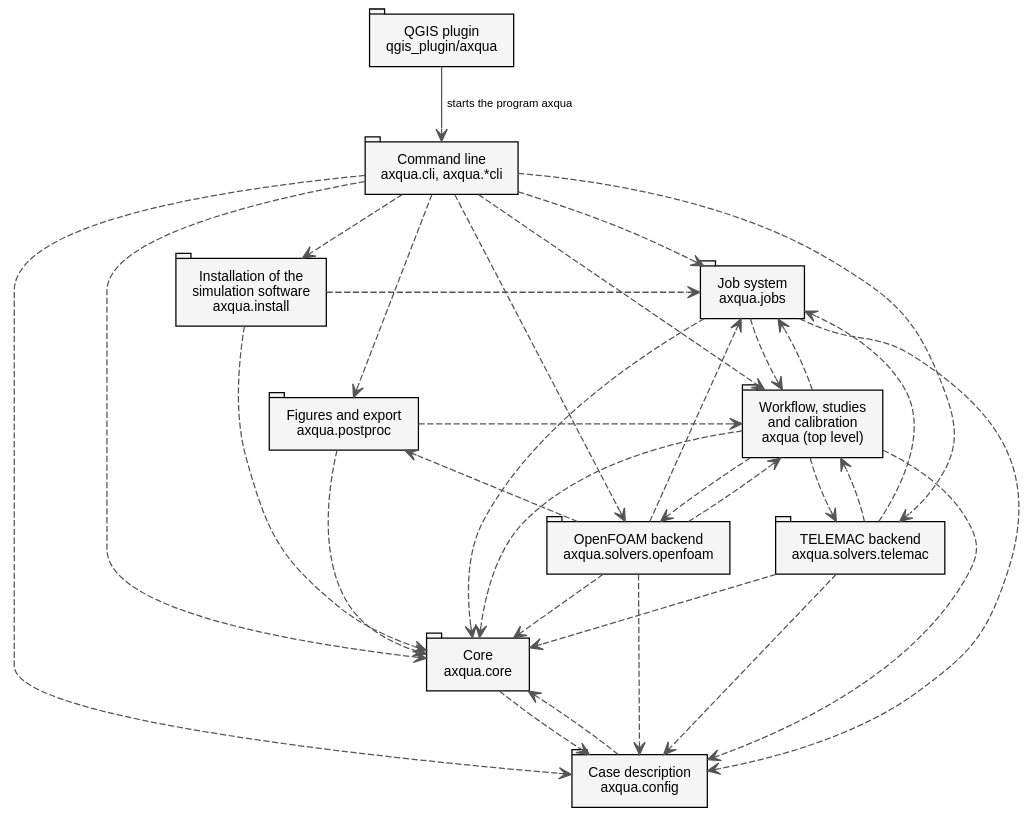
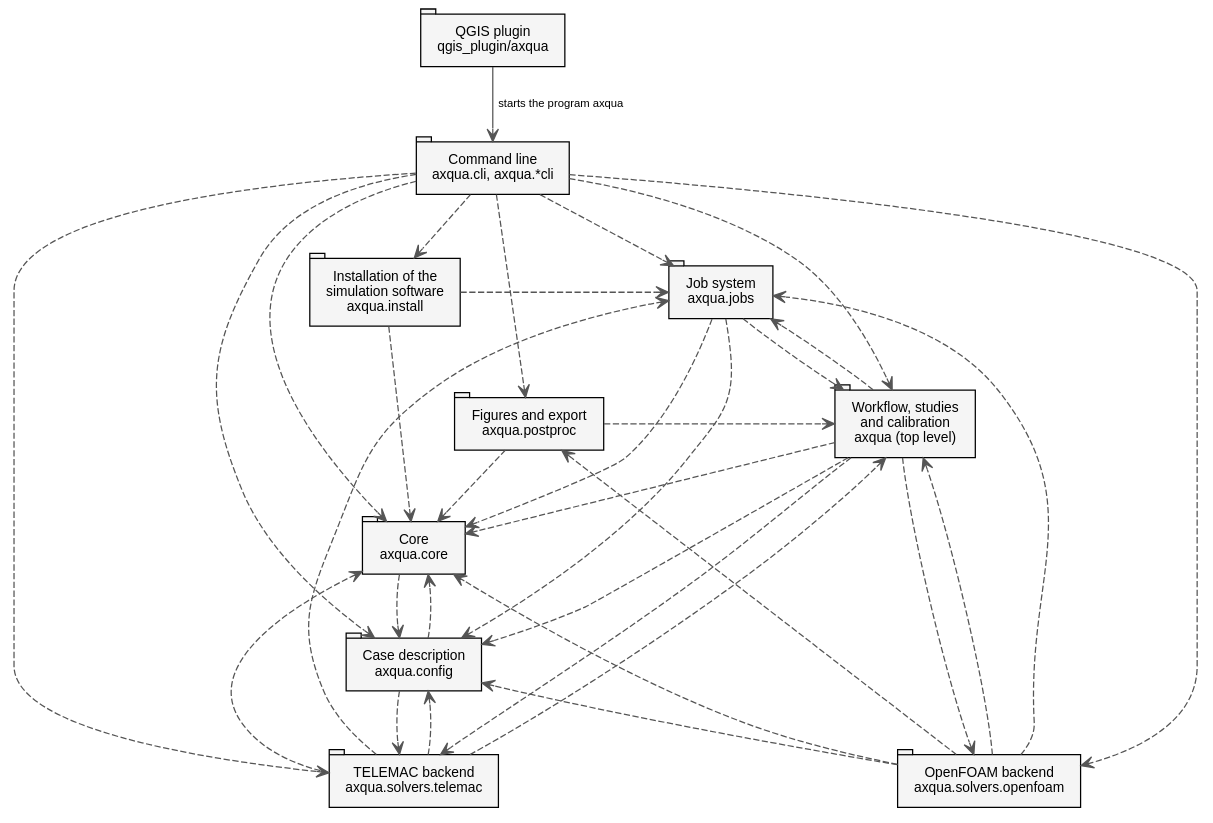
Before and after one commit to sschwindt/aXqua: the diagram in docs/img/uml-packages.dot, drawn with Graphviz. The commit also changed 53 other files, not shown here.

```diff
--- a/docs/img/uml-packages.dot
+++ b/docs/img/uml-packages.dot
@@ -1,54 +1,55 @@
 digraph packages {
   graph [rankdir=TB, nodesep=0.5, ranksep=0.7, fontname="Helvetica,Arial,sans-serif"];
   node [shape=tab, style=filled, fillcolor="#f5f5f5", margin="0.2,0.12", fontname="Helvetica,Arial,sans-serif", fontsize=11];
   edge [style=dashed, arrowhead=vee, color="#555555", fontname="Helvetica,Arial,sans-serif", fontsize=9];
   plugin [label="QGIS plugin\nqgis_plugin/axqua"];
   cli [label="Command line\naxqua.cli, axqua.*cli"];
   jobs [label="Job system\naxqua.jobs"];
   install [label="Installation of the\nsimulation software\naxqua.install"];
   workflow [label="Workflow, studies\nand calibration\naxqua (top level)"];
   postproc [label="Figures and export\naxqua.postproc"];
   telemac [label="TELEMAC backend\naxqua.solvers.telemac"];
   openfoam [label="OpenFOAM backend\naxqua.solvers.openfoam"];
   config [label="Case description\naxqua.config"];
   core [label="Core\naxqua.core"];
   { rank=same; plugin; }
   { rank=same; cli; }
   { rank=same; jobs; install; }
   { rank=same; workflow; postproc; }
   { rank=same; telemac; openfoam; }
   { rank=same; config; }
   { rank=same; core; }
   plugin -> cli [label="  starts the program axqua", style=solid];
   cli -> config;
   cli -> core;
   cli -> install;
   cli -> jobs;
   cli -> openfoam;
   cli -> postproc;
   cli -> telemac;
   cli -> workflow;
   config -> core;
+  config -> telemac;
   core -> config;
   install -> core;
   install -> jobs;
   jobs -> config;
   jobs -> core;
   jobs -> workflow;
   openfoam -> config;
   openfoam -> core;
   openfoam -> jobs;
   openfoam -> postproc;
   openfoam -> workflow;
   postproc -> core;
   postproc -> workflow;
   telemac -> config;
   telemac -> core;
   telemac -> jobs;
   telemac -> workflow;
   workflow -> config;
   workflow -> core;
   workflow -> jobs;
   workflow -> openfoam;
   workflow -> telemac;
 }
```
